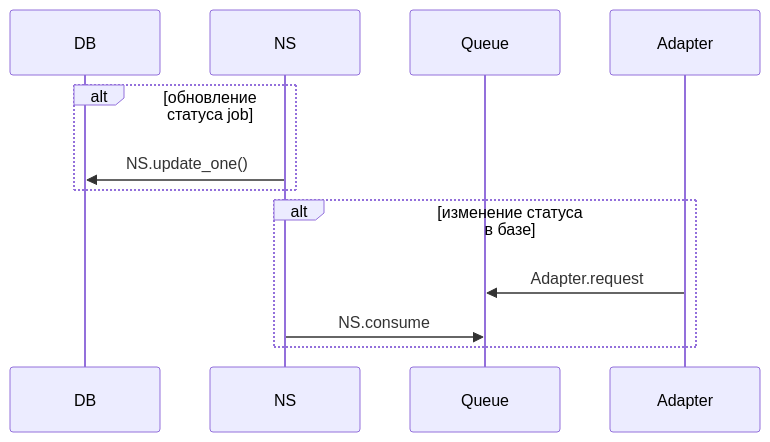
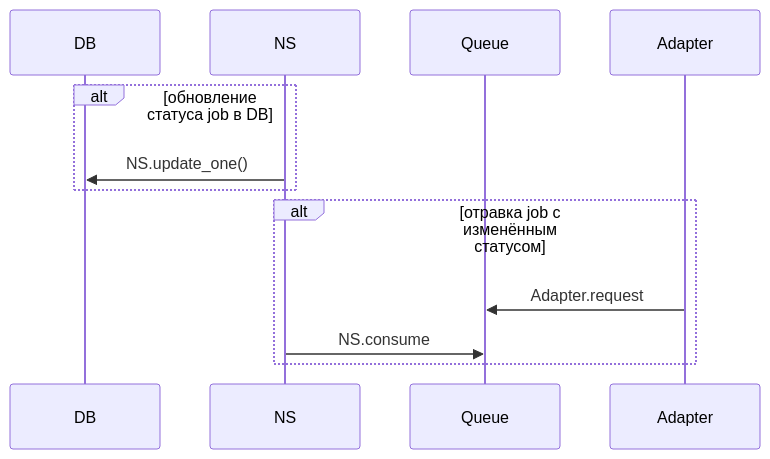
Before and after one commit to Timo4ey/ns: the fourth of 4 diagrams in ns-sequence-diagram-rmq.md, drawn with Mermaid.

Commit message:
[fix] fix descriptions

````diff
--- a/ns-sequence-diagram-rmq.md
+++ b/ns-sequence-diagram-rmq.md
@@ -94,17 +94,17 @@
 ```mermaid
 
 sequenceDiagram
     participant DB
     participant NS
     participant Queue
     participant Adapter
 
 
-    alt обновление статуса job
+    alt обновление статуса job в DB
         NS ->> DB: NS.update_one()
     end
-    alt изменение статуса в базе
+    alt отравка job с изменённым статусом
         Adapter ->> Queue:Adapter.request
         NS ->> Queue: NS.consume
     end
 ```
````
